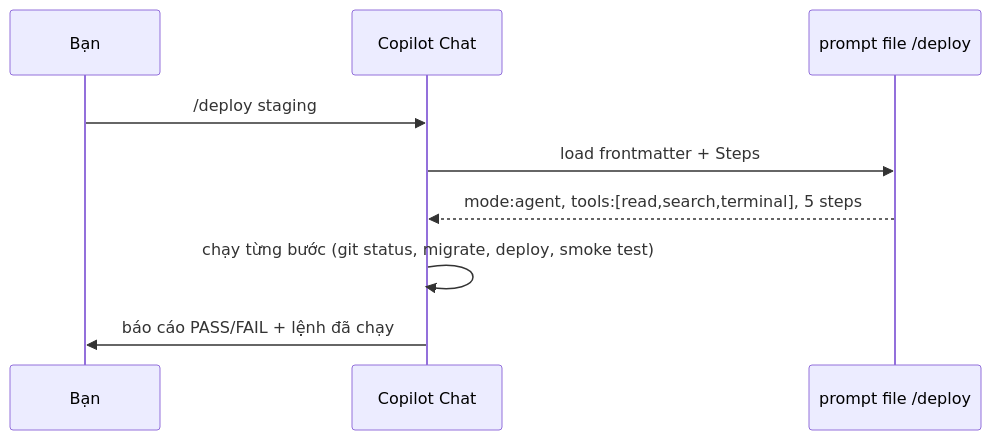
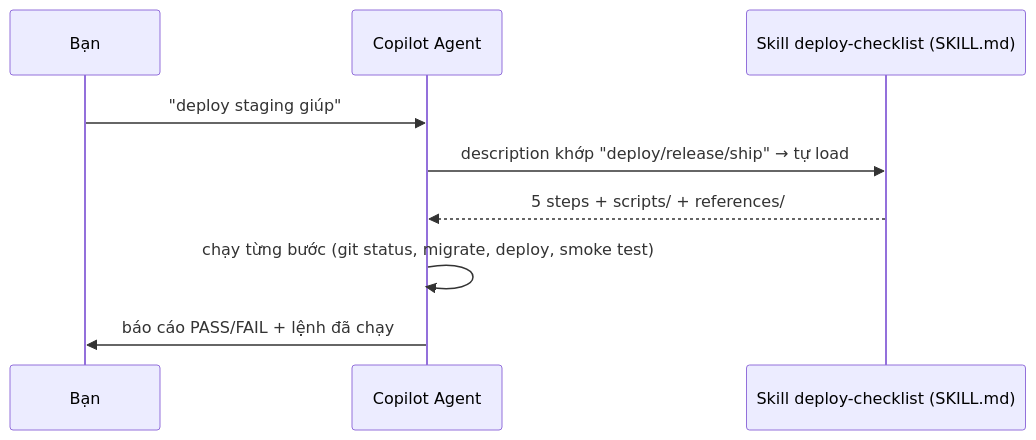
The second of 2 diagrams in 01-huong-dan-su-dung/05-prompt-files-custom-instructions.md (nbhson/tutorial-github-copilot), drawn with Mermaid before and after one commit. The commit also changed other lines of this file and 96 other files, not shown here.

````diff
--- a/01-huong-dan-su-dung/05-prompt-files-custom-instructions.md
+++ b/01-huong-dan-su-dung/05-prompt-files-custom-instructions.md
@@ -116,11 +123,11 @@
 ```mermaid
 sequenceDiagram
   participant U as Bạn
-  participant C as Copilot Chat
-  participant F as prompt file /deploy
-  U->>C: /deploy staging
-  C->>F: load frontmatter + Steps
-  F-->>C: mode:agent, tools:[read,search,terminal], 5 steps
+  participant C as Copilot Agent
+  participant S as Skill deploy-checklist (SKILL.md)
+  U->>C: "deploy staging giúp"
+  C->>S: description khớp "deploy/release/ship" → tự load
+  S-->>C: 5 steps + scripts/ + references/
   C->>C: chạy từng bước (git status, migrate, deploy, smoke test)
   C->>U: báo cáo PASS/FAIL + lệnh đã chạy
 ```
````
